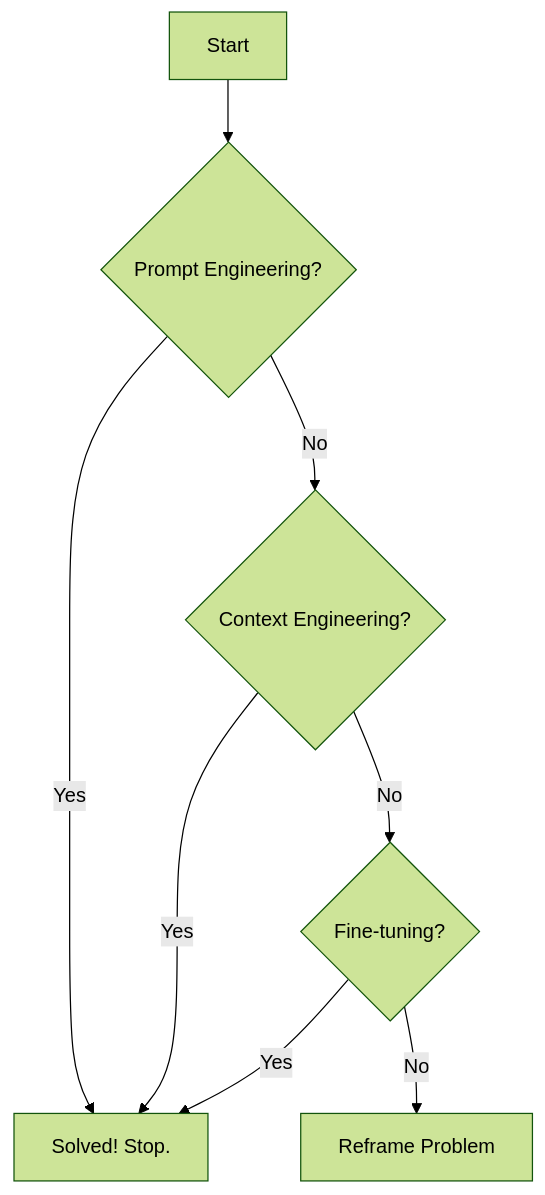
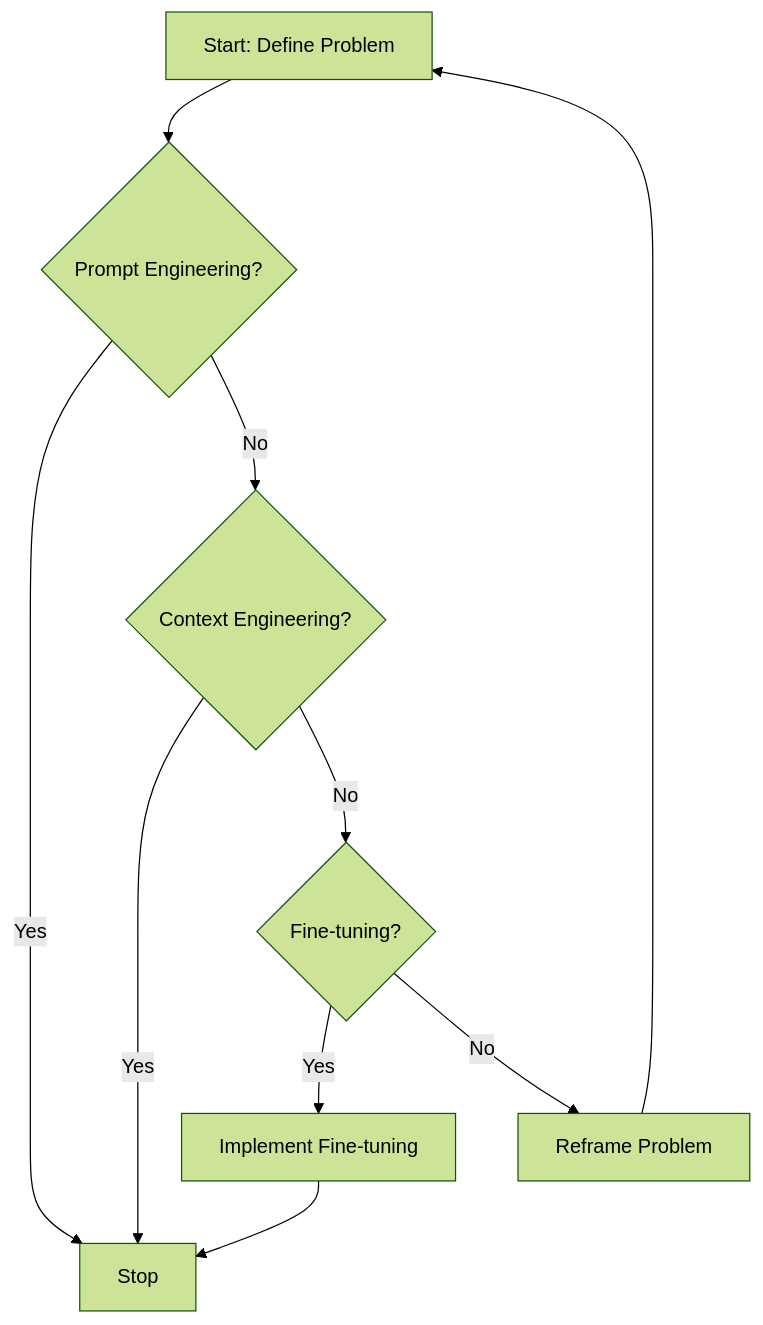
Before and after one commit to shoaibkhanz/agentic-ai-engineering-course: the first of 2 diagrams in lessons/03_context_engineering/article.md, drawn with Mermaid (forest theme). The commit also changed other lines of this file and 2 other files, not shown here.

````diff
--- a/lessons/03_context_engineering/article.md
+++ b/lessons/03_context_engineering/article.md
@@ -35,10 +35,12 @@
 ```mermaid
 graph TD
-    A["Start"] --> B{"Prompt Engineering?"}
-    B -->|"Yes"| C["Solved! Stop."]
-    B -->|"No"| D{"Context Engineering?"}
-    D -->|"Yes"| C
-    D -->|"No"| E{"Fine-tuning?"}
-    E -->|"Yes"| C
-    E -->|"No"| F["Reframe Problem"]
+    A["Start: Define Problem"] --> B{"Prompt Engineering?"}
+    B -->|"Yes"| F["Stop"]
+    B -->|"No"| C{"Context Engineering?"}
+    C -->|"Yes"| F
+    C -->|"No"| D{"Fine-tuning?"}
+    D -->|"Yes"| E["Implement Fine-tuning"]
+    E --> F
+    D -->|"No"| G["Reframe Problem"]
+    G --> A
 ```
````
